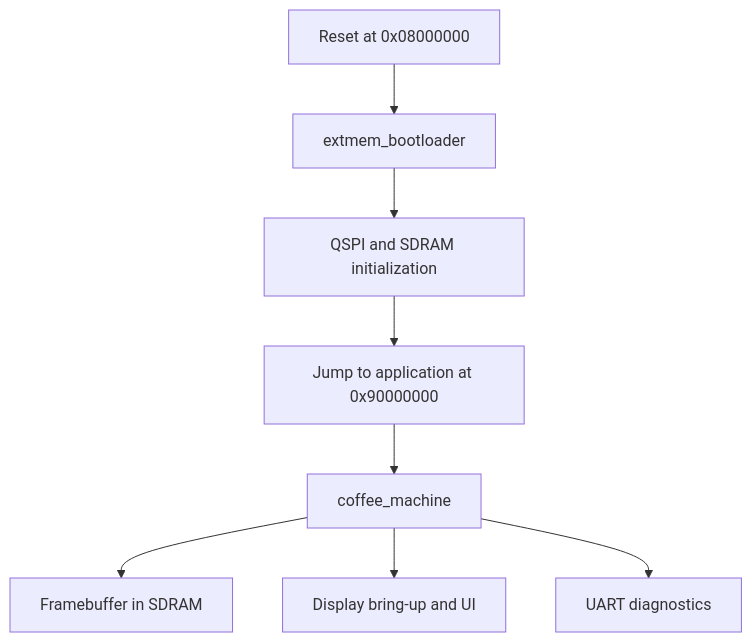
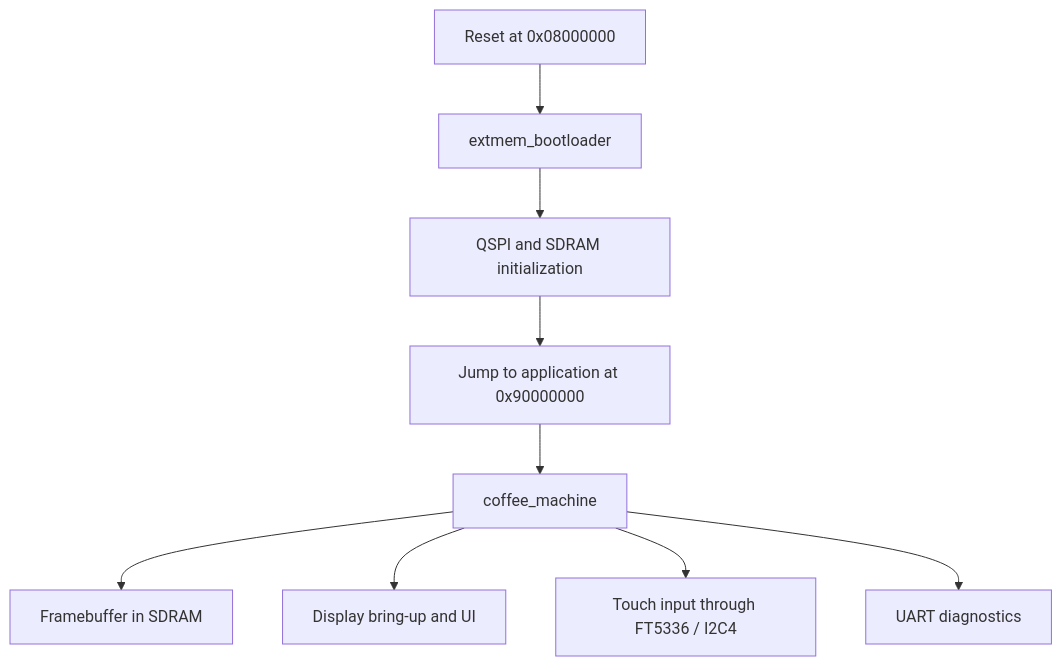
Before and after one commit to embmike/coffe_machine: the diagram in README.md, drawn with Mermaid. The commit also changed other lines of this file and 13 other files, not shown here.

````diff
--- a/README.md
+++ b/README.md
@@ -95,10 +103,11 @@
 ```mermaid
 flowchart TD
     A["Reset at 0x08000000"] --> B["extmem_bootloader"]
     B --> C["QSPI and SDRAM initialization"]
     C --> D["Jump to application at 0x90000000"]
     D --> E["coffee_machine"]
     E --> F["Framebuffer in SDRAM"]
     E --> G["Display bring-up and UI"]
-    E --> H["UART diagnostics"]
+    E --> H["Touch input through FT5336 / I2C4"]
+    E --> I["UART diagnostics"]
 ```
````
